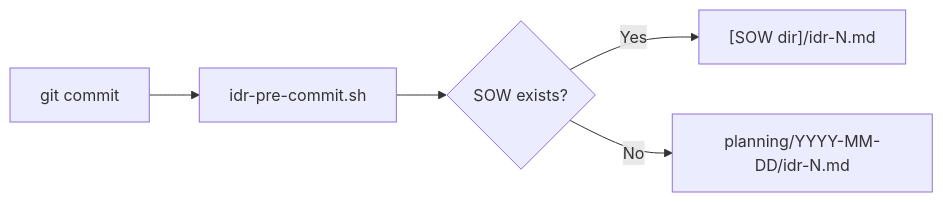
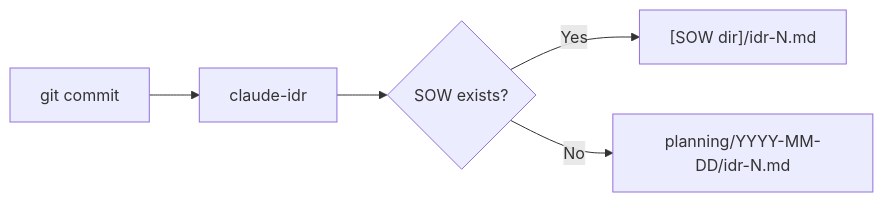
Before and after one commit to thkt/dotclaude: the second of 2 diagrams in docs/HOOKS.md, drawn with Mermaid. The commit also changed other lines of this file and 14 other files, not shown here.

````diff
--- a/docs/HOOKS.md
+++ b/docs/HOOKS.md
@@ -121,7 +162,7 @@
 ```mermaid
 flowchart LR
-    C[git commit] --> H[idr-pre-commit.sh]
+    C[git commit] --> H[claude-idr]
     H --> F{SOW exists?}
     F -->|Yes| S["[SOW dir]/idr-N.md"]
     F -->|No| D["planning/YYYY-MM-DD/idr-N.md"]
 ```
````
